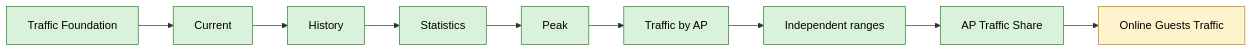
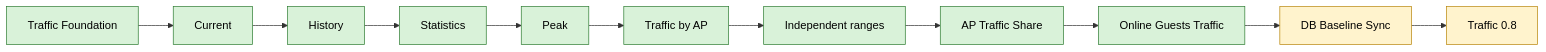
One commit to ZaurNavi/CaptivePortal changed diagram 15 of 17 in README.md. Above: the diagram before and after it, drawn with Mermaid. The commit also changed other lines of this file and 13 other files, not shown here.

````diff
--- a/README.md
+++ b/README.md
@@ -778,6 +779,6 @@
 ```mermaid
 flowchart LR
-    T0[Traffic Foundation]:::done --> T1[Current]:::done --> T2[History]:::done --> T3[Statistics]:::done --> T4[Peak]:::done --> T5[Traffic by AP]:::done --> R[Independent ranges]:::done --> T6[AP Traffic Share]:::done --> T7[Online Guests Traffic]:::next
+    T0[Traffic Foundation]:::done --> T1[Current]:::done --> T2[History]:::done --> T3[Statistics]:::done --> T4[Peak]:::done --> T5[Traffic by AP]:::done --> R[Independent ranges]:::done --> T6[AP Traffic Share]:::done --> T7[Online Guests Traffic]:::done --> DB[DB Baseline Sync]:::next --> T8[Traffic 0.8]:::next
     classDef done fill:#d9f2d9,stroke:#2e7d32,color:#000;
     classDef next fill:#fff3cd,stroke:#b8860b,color:#000;
 ```
````
